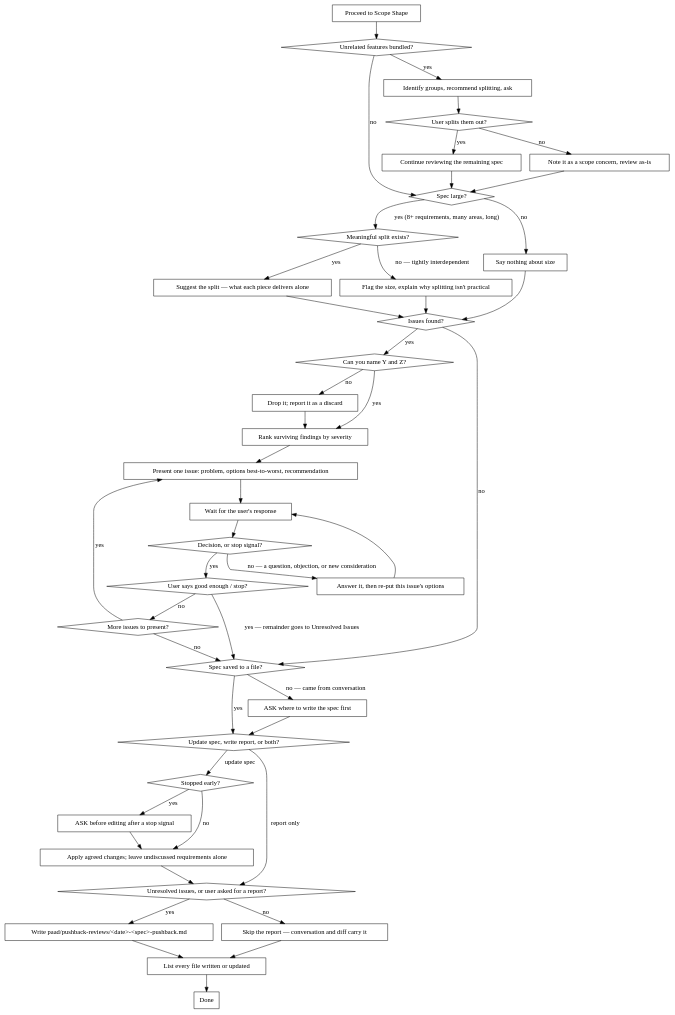
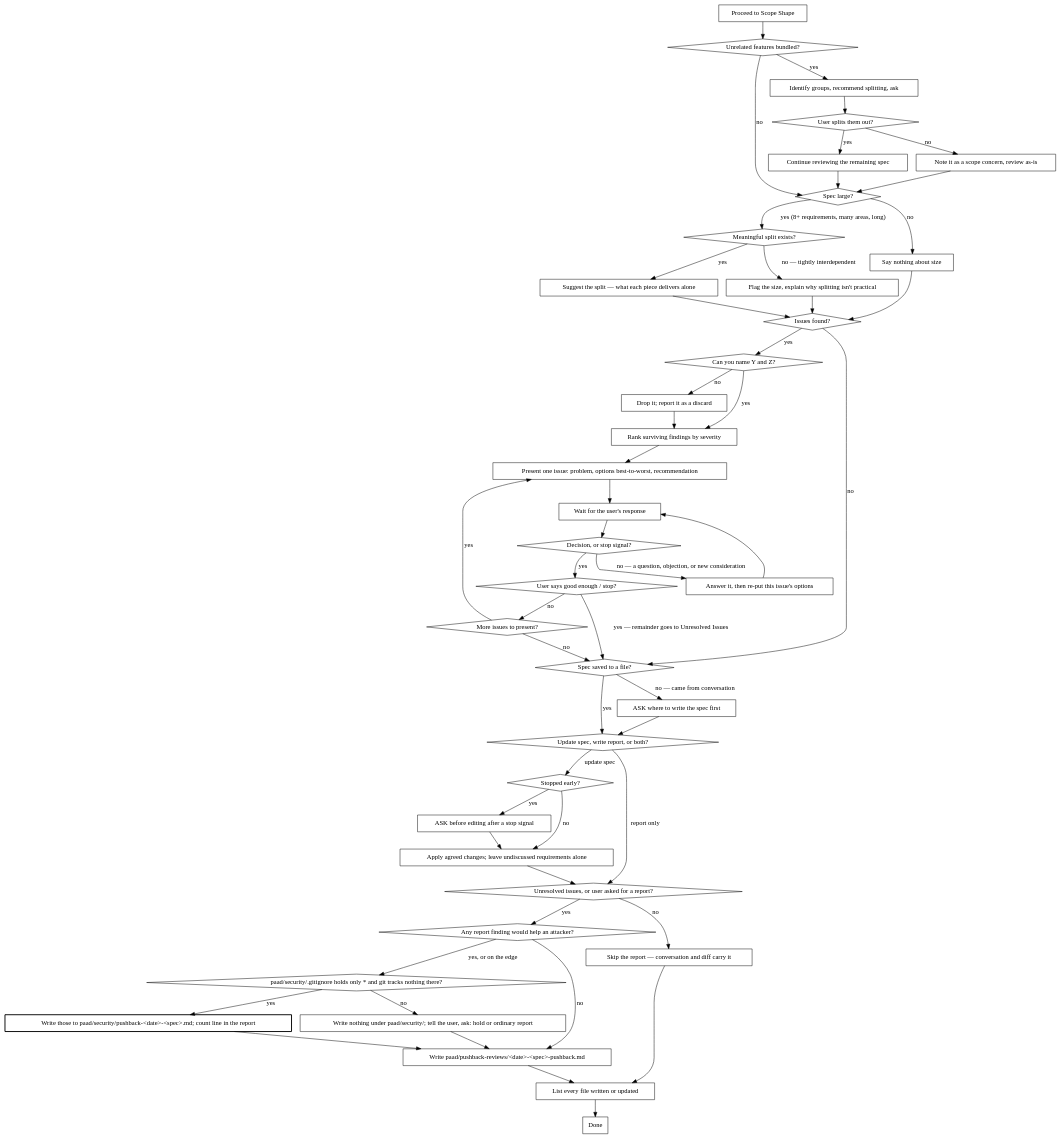
One commit to Ovid/paad changed the second of 2 diagrams in plugins/paad/skills/pushback/SKILL.md. Above: the diagram before and after it, drawn with Graphviz. The commit also changed other lines of this file and 71 other files, not shown here.

```diff
--- a/plugins/paad/skills/pushback/SKILL.md
+++ b/plugins/paad/skills/pushback/SKILL.md
@@ -81,6 +85,10 @@
   "ASK where to write the spec first" [shape=box];
   "ASK before editing after a stop signal" [shape=box];
   "Apply agreed changes; leave undiscussed requirements alone" [shape=box];
+  "Any report finding would help an attacker?" [shape=diamond];
+  "Write those to paad/security/pushback-<date>-<spec>.md; count line in the report" [shape=box, style=bold];
+  "paad/security/.gitignore holds only * and git tracks nothing there?" [shape=diamond];
+  "Write nothing under paad/security/; tell the user, ask: hold or ordinary report" [shape=box];
   "Write paad/pushback-reviews/<date>-<spec>-pushback.md" [shape=box];
   "Skip the report — conversation and diff carry it" [shape=box];
   "List every file written or updated" [shape=box];
@@ -129,7 +137,13 @@
   "Stopped early?" -> "Apply agreed changes; leave undiscussed requirements alone" [label="no"];
   "ASK before editing after a stop signal" -> "Apply agreed changes; leave undiscussed requirements alone";
   "Apply agreed changes; leave undiscussed requirements alone" -> "Unresolved issues, or user asked for a report?";
-  "Unresolved issues, or user asked for a report?" -> "Write paad/pushback-reviews/<date>-<spec>-pushback.md" [label="yes"];
+  "Unresolved issues, or user asked for a report?" -> "Any report finding would help an attacker?" [label="yes"];
+  "Any report finding would help an attacker?" -> "paad/security/.gitignore holds only * and git tracks nothing there?" [label="yes, or on the edge"];
+  "Any report finding would help an attacker?" -> "Write paad/pushback-reviews/<date>-<spec>-pushback.md" [label="no"];
+  "Write those to paad/security/pushback-<date>-<spec>.md; count line in the report" -> "Write paad/pushback-reviews/<date>-<spec>-pushback.md";
+  "paad/security/.gitignore holds only * and git tracks nothing there?" -> "Write those to paad/security/pushback-<date>-<spec>.md; count line in the report" [label="yes"];
+  "paad/security/.gitignore holds only * and git tracks nothing there?" -> "Write nothing under paad/security/; tell the user, ask: hold or ordinary report" [label="no"];
+  "Write nothing under paad/security/; tell the user, ask: hold or ordinary report" -> "Write paad/pushback-reviews/<date>-<spec>-pushback.md";
   "Unresolved issues, or user asked for a report?" -> "Skip the report — conversation and diff carry it" [label="no"];
   "Write paad/pushback-reviews/<date>-<spec>-pushback.md" -> "List every file written or updated";
   "Skip the report — conversation and diff carry it" -> "List every file written or updated";
```
